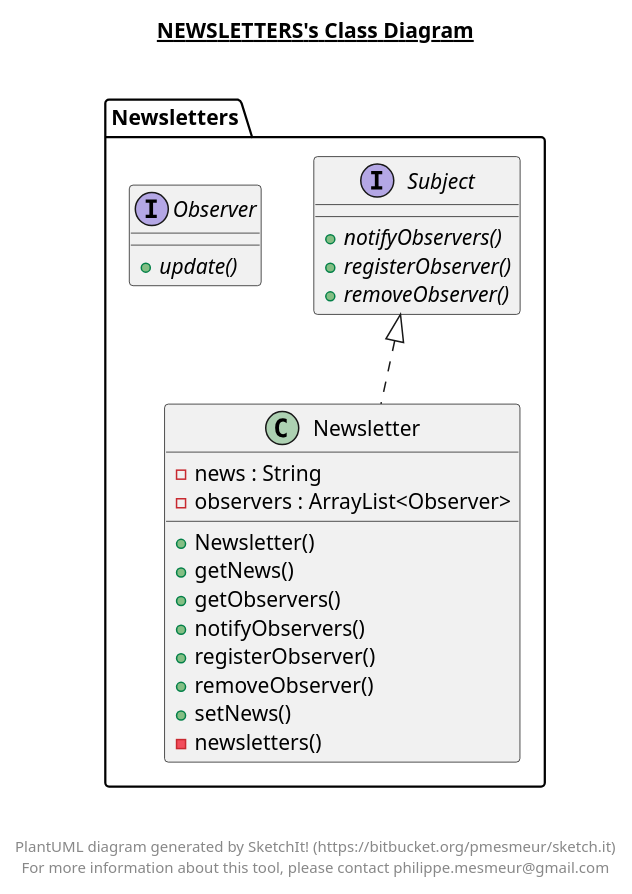
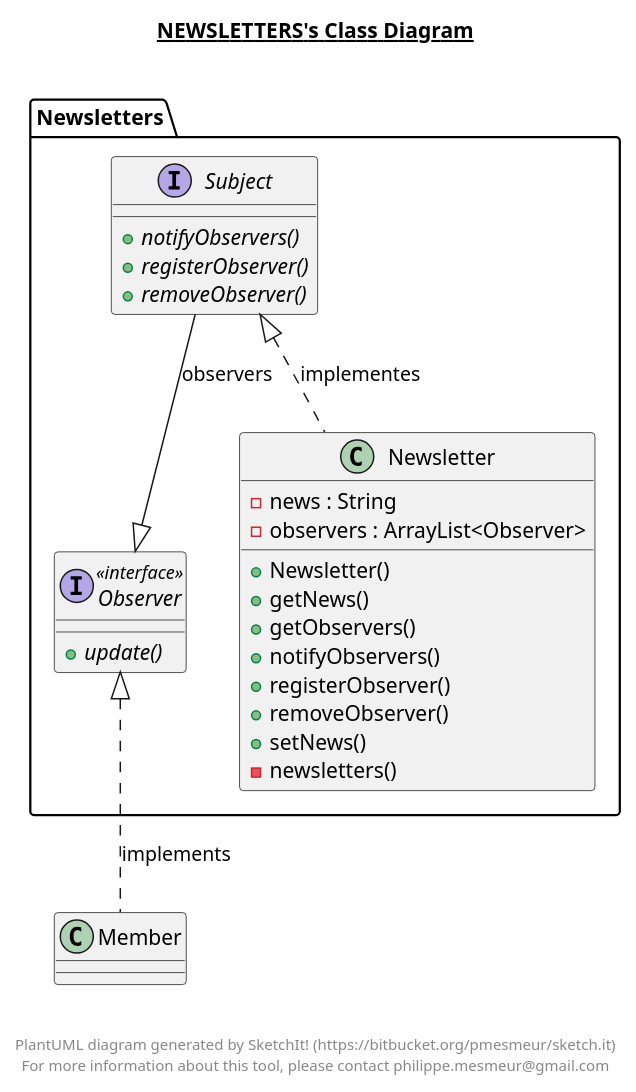
One commit to Kenzki/design-patterns-dvd-rental-system changed the diagram in src/Newsletters/Observer.plantuml. Above: the diagram before and after it, drawn with PlantUML. The commit also changed 3 other files, not shown here.

Commit message:
Updated UMl Class Diagrams

```diff
--- a/src/Newsletters/Observer.plantuml
+++ b/src/Newsletters/Observer.plantuml
@@ -1,46 +1,48 @@
 @startuml
 
 title __NEWSLETTERS's Class Diagram__\n
 
 
       class Newsletters.Newsletter {
           - news : String
           - observers : ArrayList<Observer>
           + Newsletter()
           + getNews()
           + getObservers()
           + notifyObservers()
           + registerObserver()
           + removeObserver()
           + setNews()
           - newsletters()
       }
 
   
 
 
-      interface Newsletters.Observer {
+      interface Newsletters.Observer <<interface>> {
           {abstract} + update()
       }
 
   
 
       interface Newsletters.Subject {
           {abstract} + notifyObservers()
           {abstract} + registerObserver()
           {abstract} + removeObserver()
       }
 
   
 
-  Newsletters.Newsletter .up.|> Newsletters.Subject
+  Newsletters.Newsletter .up.|> Newsletters.Subject : implementes
+  Newsletters.Subject --|> Newsletters.Observer : observers
+  Member .up.|> Newsletters.Observer : implements
 
 
 right footer
 
 
 PlantUML diagram generated by SketchIt! (https://bitbucket.org/pmesmeur/sketch.it)
 For more information about this tool, please contact philippe.mesmeur@gmail.com
 endfooter
 
 @enduml
```
